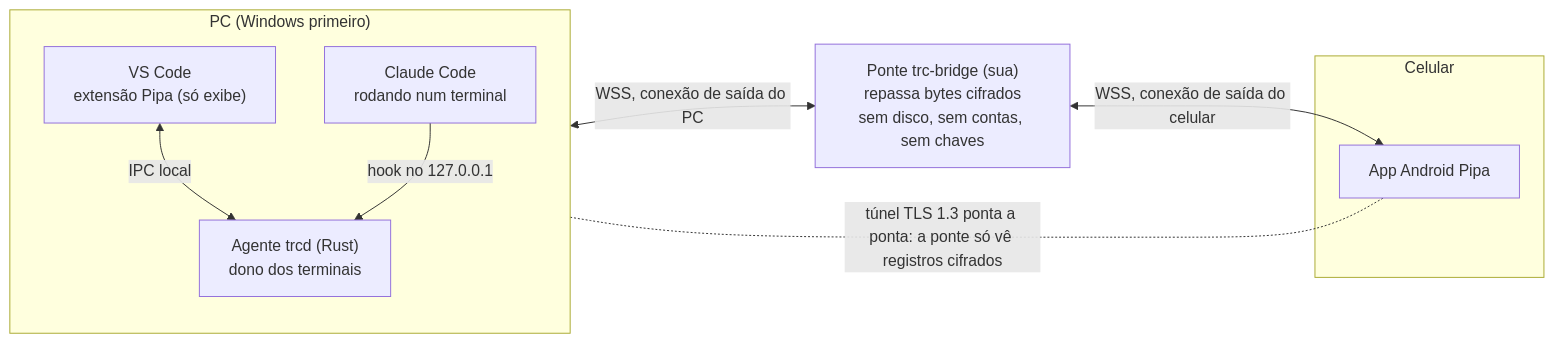
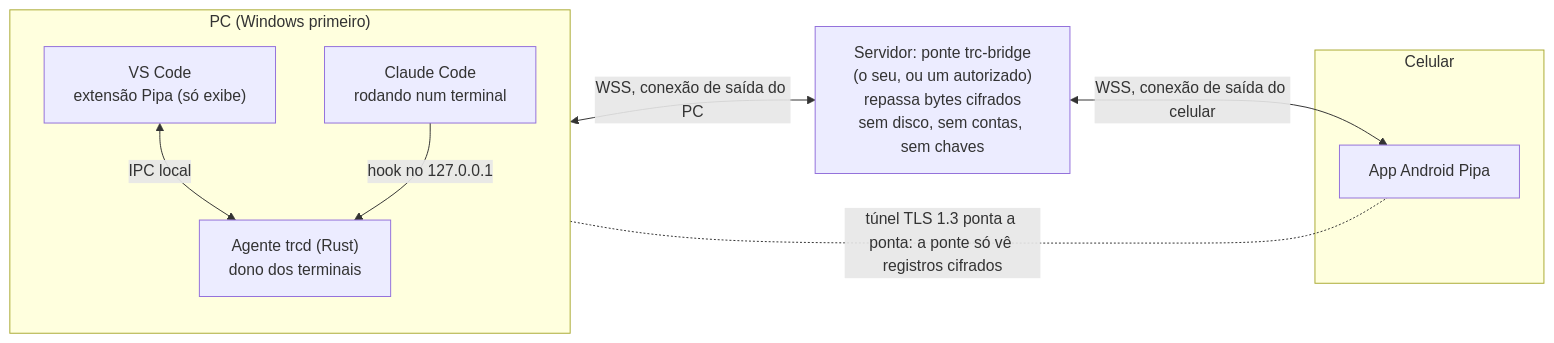
The diagram in README.md (LucasGarioli/pipa-vscode-remote), drawn with Mermaid before and after one commit. The commit also changed other lines of this file and 12 other files, not shown here.

````diff
--- a/README.md
+++ b/README.md
@@ -207,18 +274,18 @@
 ```mermaid
 flowchart LR
   subgraph PC["PC (Windows primeiro)"]
     direction TB
     VS["VS Code<br/>extensão Pipa (só exibe)"]
     AG["Agente trcd (Rust)<br/>dono dos terminais"]
     CC["Claude Code<br/>rodando num terminal"]
     VS <-->|IPC local| AG
     CC -->|hook no 127.0.0.1| AG
   end
-  BR["Ponte trc-bridge (sua)<br/>repassa bytes cifrados<br/>sem disco, sem contas, sem chaves"]
+  BR["Servidor: ponte trc-bridge<br/>(o seu, ou um autorizado)<br/>repassa bytes cifrados<br/>sem disco, sem contas, sem chaves"]
   subgraph CEL["Celular"]
     APP["App Android Pipa"]
   end
   AG <-->|"WSS, conexão de saída do PC"| BR
   BR <-->|"WSS, conexão de saída do celular"| APP
   AG -.-|"túnel TLS 1.3 ponta a ponta: a ponte só vê registros cifrados"| APP
 ```
````
